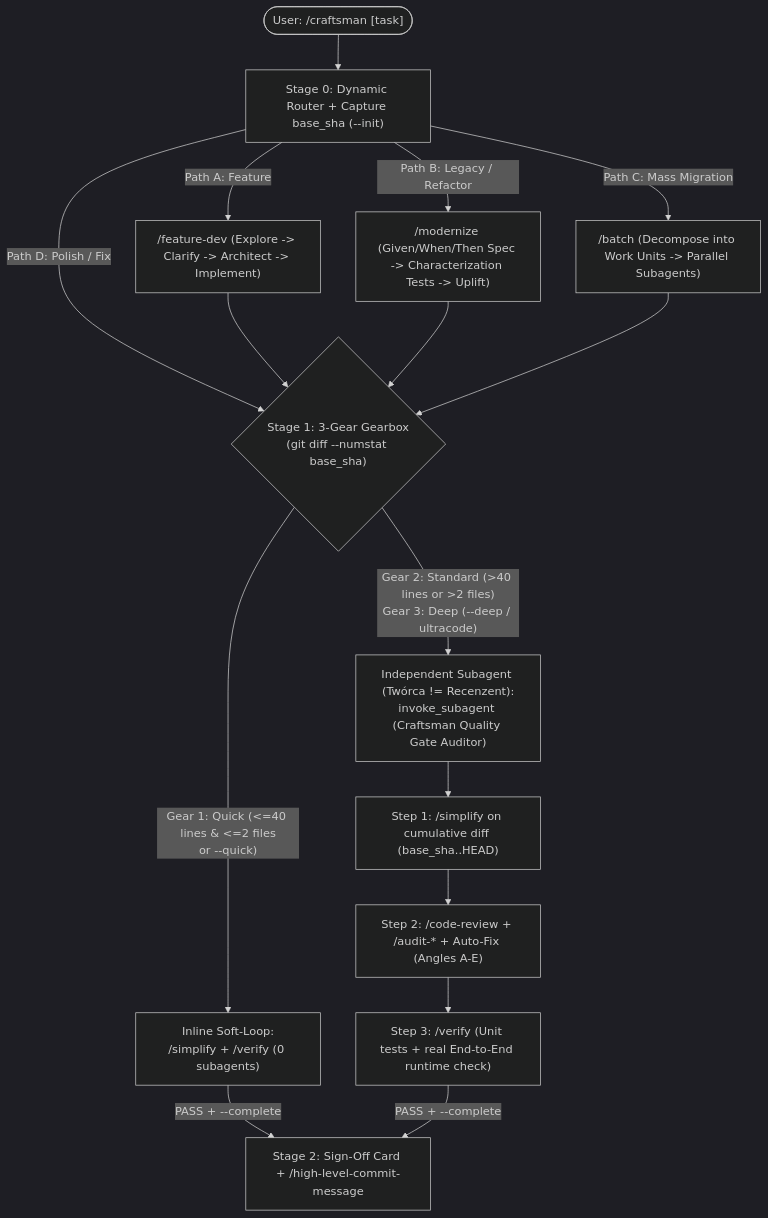
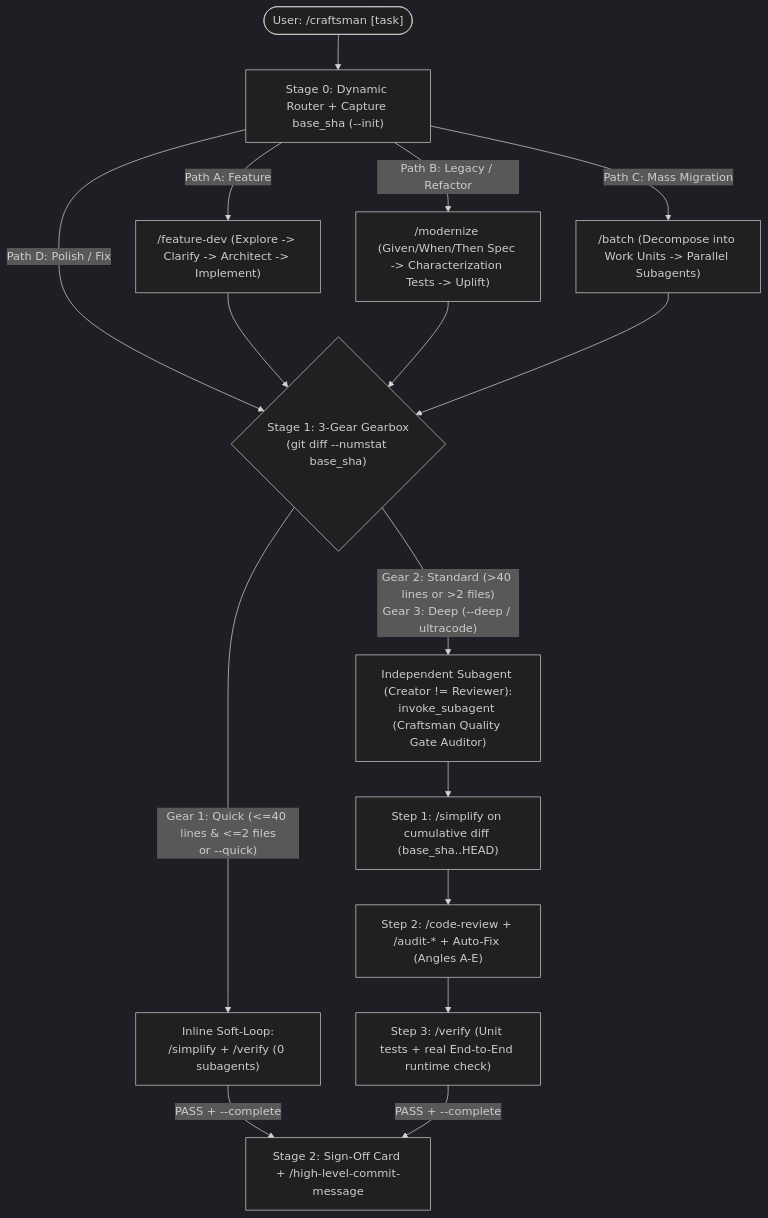
One commit to BuczynskiRafal/craftsman changed the diagram in README.md. Above: the diagram before and after it, drawn with Mermaid (dark theme). The commit also changed other lines of this file and 22 other files, not shown here.

````diff
--- a/README.md
+++ b/README.md
@@ -50,23 +50,23 @@
 ```mermaid
 flowchart TD
     User(["User: /craftsman [task]"]) --> Triage["Stage 0: Dynamic Router + Capture base_sha (--init)"]
 
     Triage -->|"Path A: Feature"| Arch["/feature-dev (Explore -> Clarify -> Architect -> Implement)"]
     Triage -->|"Path B: Legacy / Refactor"| Mod["/modernize (Given/When/Then Spec -> Characterization Tests -> Uplift)"]
     Triage -->|"Path C: Mass Migration"| Batch["/batch (Decompose into Work Units -> Parallel Subagents)"]
     Triage -->|"Path D: Polish / Fix"| Gearbox{"Stage 1: 3-Gear Gearbox\n(git diff --numstat base_sha)"}
 
     Arch --> Gearbox
     Mod --> Gearbox
     Batch --> Gearbox
 
     Gearbox -->|"Gear 1: Quick (<=40 lines & <=2 files\nor --quick)"| SoftLoop["Inline Soft-Loop:\n/simplify + /verify (0 subagents)"]
-    Gearbox -->|"Gear 2: Standard (>40 lines or >2 files)\nGear 3: Deep (--deep / ultracode)"| Subagent["Independent Subagent (Twórca != Recenzent):\ninvoke_subagent (Craftsman Quality Gate Auditor)"]
+    Gearbox -->|"Gear 2: Standard (>40 lines or >2 files)\nGear 3: Deep (--deep / ultracode)"| Subagent["Independent Subagent (Creator != Reviewer):\ninvoke_subagent (Craftsman Quality Gate Auditor)"]
 
     Subagent --> Simplify["Step 1: /simplify on cumulative diff (base_sha..HEAD)"]
     Simplify --> Review["Step 2: /code-review + /audit-* + Auto-Fix (Angles A-E)"]
     Review --> Verify["Step 3: /verify (Unit tests + real End-to-End runtime check)"]
 
     SoftLoop -->|"PASS + --complete"| Commit["Stage 2: Sign-Off Card + /high-level-commit-message"]
     Verify -->|"PASS + --complete"| Commit
 ```
````
